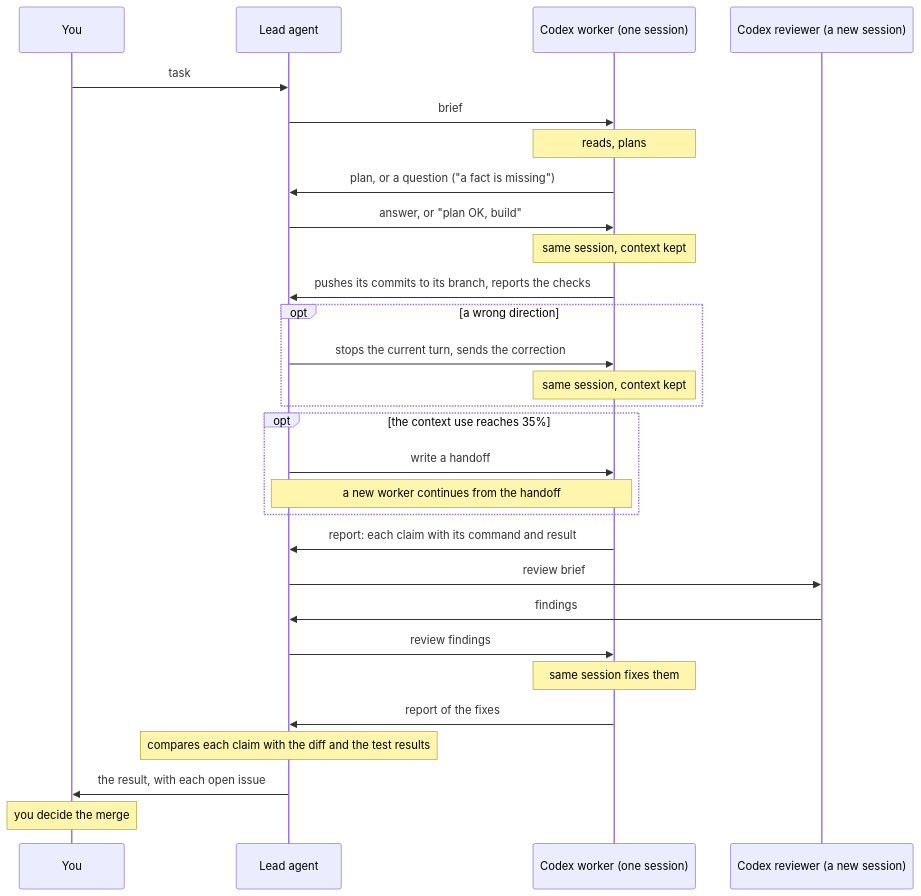
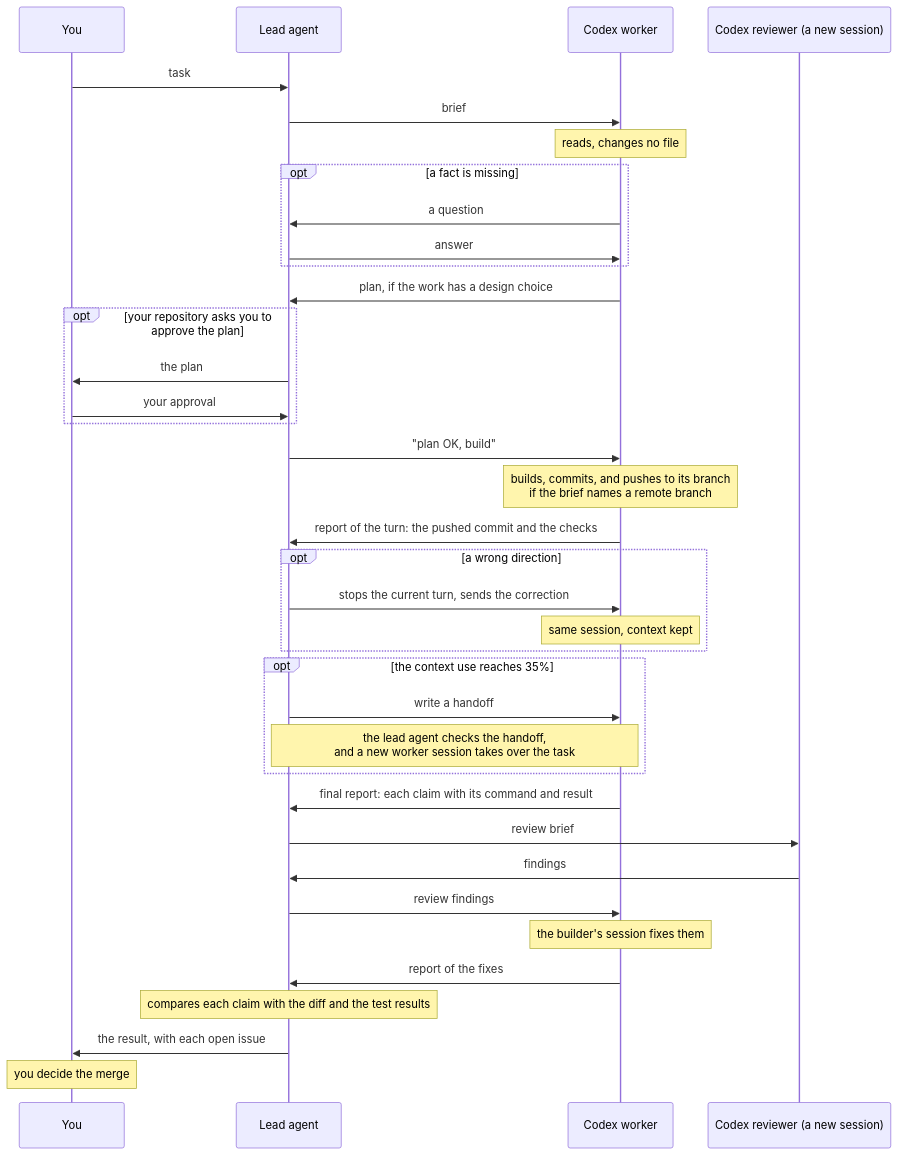
One commit to binhle312/cty1ng changed the second of 2 diagrams in .agents/skills/codex-workers/GUIDE.md. Above: the diagram before and after it, drawn with Mermaid. The commit also changed other lines of this file, not shown here.

First line of the commit message:
Answer the second round of cold readers in the codex-workers guide

````diff
--- a/.agents/skills/codex-workers/GUIDE.md
+++ b/.agents/skills/codex-workers/GUIDE.md
@@ -40,32 +40,40 @@
 ```mermaid
 sequenceDiagram
   participant Y as You
   participant L as Lead agent
-  participant W as Codex worker (one session)
+  participant W as Codex worker
   participant R as Codex reviewer (a new session)
 
   Y->>L: task
   L->>W: brief
-  Note over W: reads, plans
-  W->>L: plan, or a question ("a fact is missing")
-  L->>W: answer, or "plan OK, build"
-  Note over W: same session, context kept
-  W->>L: pushes its commits to its branch, reports the checks
+  Note over W: reads, changes no file
+  opt a fact is missing
+    W->>L: a question
+    L->>W: answer
+  end
+  W->>L: plan, if the work has a design choice
+  opt your repository asks you to approve the plan
+    L->>Y: the plan
+    Y->>L: your approval
+  end
+  L->>W: "plan OK, build"
+  Note over W: builds, commits, and pushes to its branch<br/>if the brief names a remote branch
+  W->>L: report of the turn: the pushed commit and the checks
   opt a wrong direction
     L->>W: stops the current turn, sends the correction
     Note over W: same session, context kept
   end
   opt the context use reaches 35%
     L->>W: write a handoff
-    Note over L,W: a new worker continues from the handoff
+    Note over L,W: the lead agent checks the handoff,<br/>and a new worker session takes over the task
   end
-  W->>L: report: each claim with its command and result
+  W->>L: final report: each claim with its command and result
   L->>R: review brief
   R->>L: findings
   L->>W: review findings
-  Note over W: same session fixes them
+  Note over W: the builder's session fixes them
   W->>L: report of the fixes
   Note over L: compares each claim with the diff and the test results
   L->>Y: the result, with each open issue
   Note over Y: you decide the merge
 ```
````
